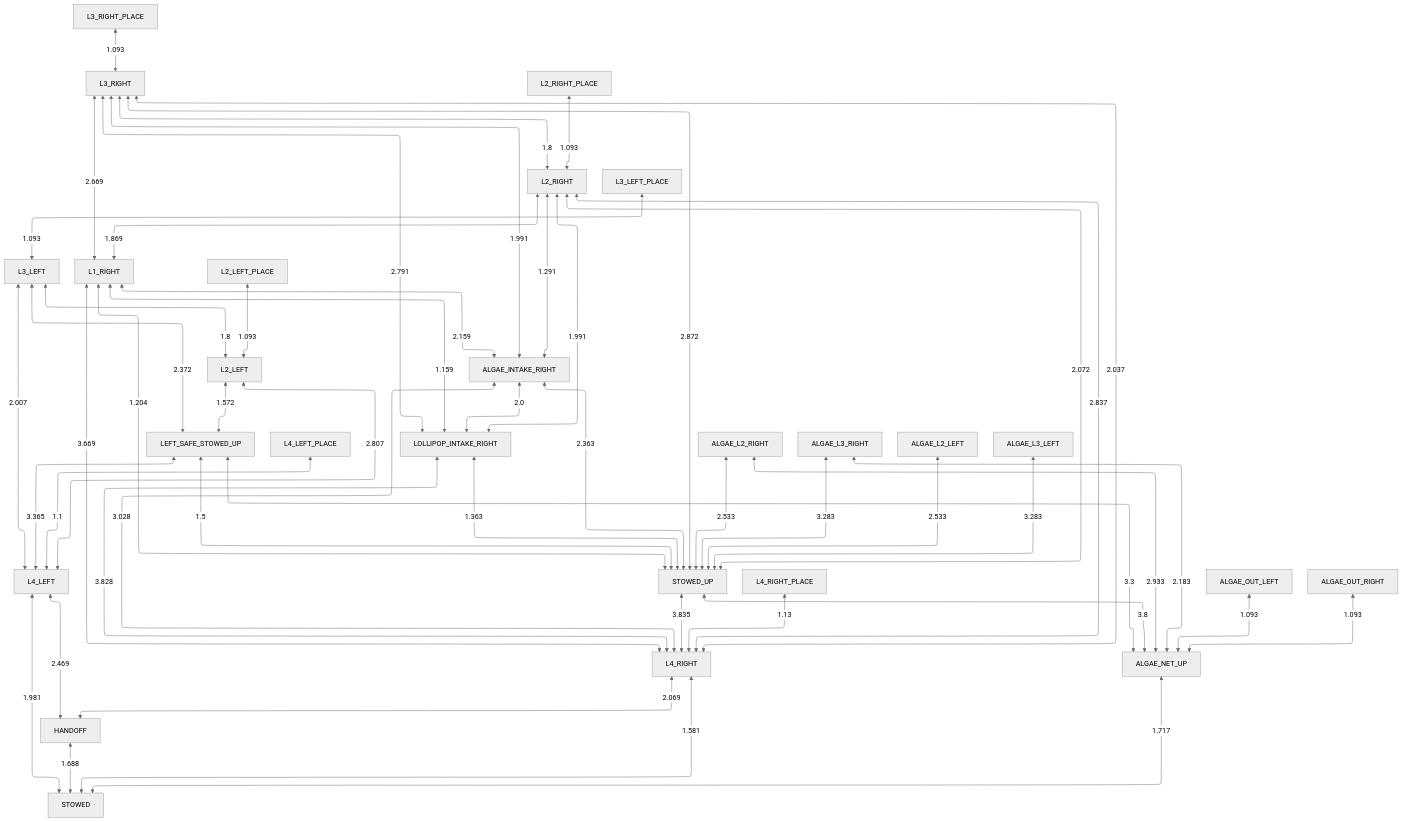
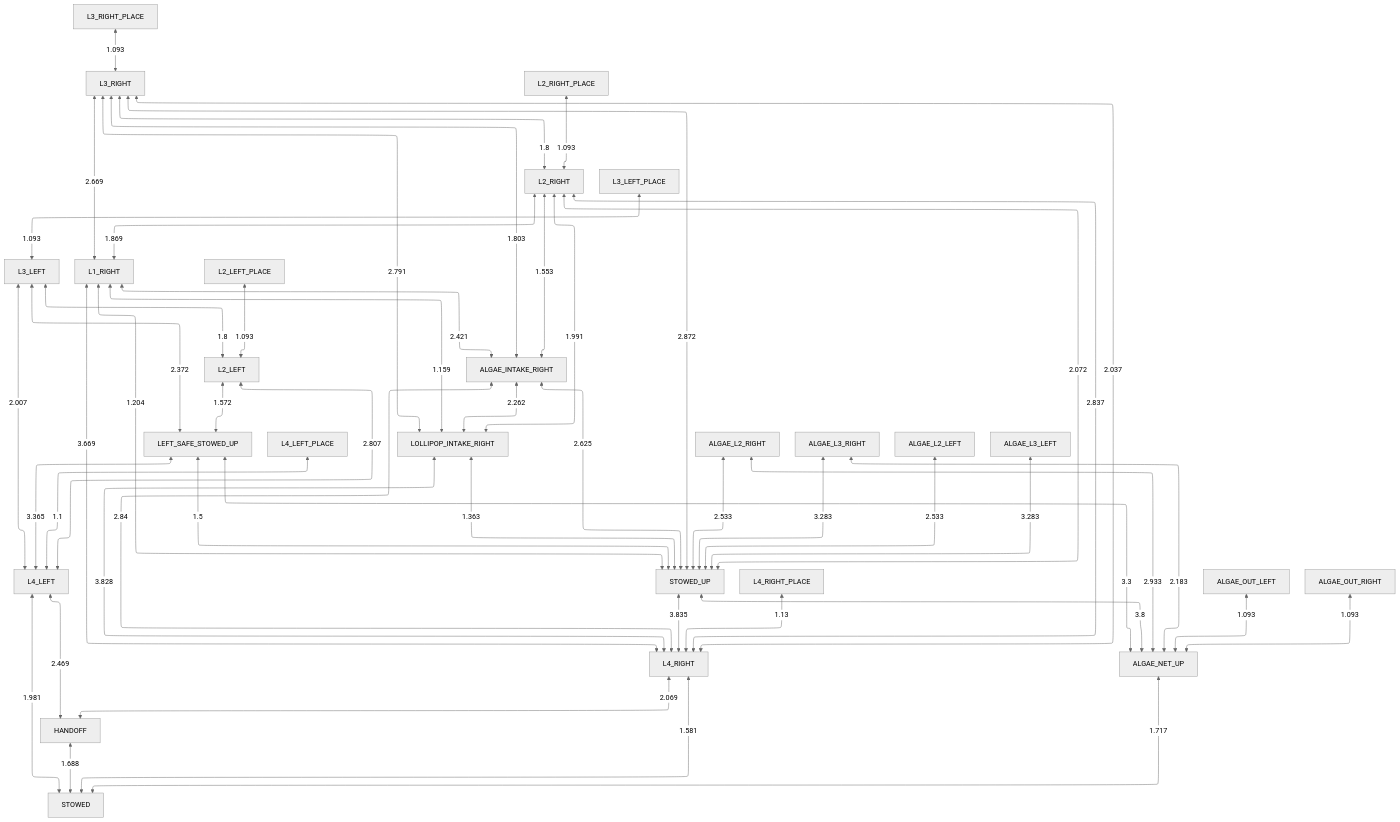
Before and after one commit to team581/2025-beta: the diagram in docs/collision_avoidance/no_obstruction.md, drawn with Mermaid (neutral theme). The commit also changed 7 other files, not shown here.

````diff
--- a/docs/collision_avoidance/no_obstruction.md
+++ b/docs/collision_avoidance/no_obstruction.md
@@ -3,55 +3,55 @@
 ```mermaid
 %%{ init: { "flowchart": { "defaultRenderer": "elk" } } }%%
 graph TD
 
 HANDOFF <-- 1.688 --> STOWED
 L4_LEFT <-- 1.981 --> STOWED
 L4_RIGHT <-- 1.581 --> STOWED
 ALGAE_NET_UP <-- 1.717 --> STOWED
 L4_LEFT <-- 2.469 --> HANDOFF
 L4_RIGHT <-- 2.069 --> HANDOFF
 LEFT_SAFE_STOWED_UP <-- 3.365 --> L4_LEFT
 L2_LEFT <-- 2.807 --> L4_LEFT
 L3_LEFT <-- 2.007 --> L4_LEFT
 L4_LEFT_PLACE <-- 1.1 --> L4_LEFT
 STOWED_UP <-- 3.835 --> L4_RIGHT
-ALGAE_INTAKE_RIGHT <-- 3.028 --> L4_RIGHT
+ALGAE_INTAKE_RIGHT <-- 2.84 --> L4_RIGHT
 LOLLIPOP_INTAKE_RIGHT <-- 3.828 --> L4_RIGHT
 L1_RIGHT <-- 3.669 --> L4_RIGHT
 L2_RIGHT <-- 2.837 --> L4_RIGHT
 L3_RIGHT <-- 2.037 --> L4_RIGHT
 L4_RIGHT_PLACE <-- 1.13 --> L4_RIGHT
 LEFT_SAFE_STOWED_UP <-- 3.3 --> ALGAE_NET_UP
 STOWED_UP <-- 3.8 --> ALGAE_NET_UP
 ALGAE_OUT_LEFT <-- 1.093 --> ALGAE_NET_UP
 ALGAE_OUT_RIGHT <-- 1.093 --> ALGAE_NET_UP
 ALGAE_L2_RIGHT <-- 2.933 --> ALGAE_NET_UP
 ALGAE_L3_RIGHT <-- 2.183 --> ALGAE_NET_UP
 LEFT_SAFE_STOWED_UP <-- 1.5 --> STOWED_UP
 LOLLIPOP_INTAKE_RIGHT <-- 1.363 --> STOWED_UP
-ALGAE_INTAKE_RIGHT <-- 2.363 --> STOWED_UP
+ALGAE_INTAKE_RIGHT <-- 2.625 --> STOWED_UP
 L1_RIGHT <-- 1.204 --> STOWED_UP
 L2_RIGHT <-- 2.072 --> STOWED_UP
 L3_RIGHT <-- 2.872 --> STOWED_UP
 ALGAE_L2_LEFT <-- 2.533 --> STOWED_UP
 ALGAE_L2_RIGHT <-- 2.533 --> STOWED_UP
 ALGAE_L3_LEFT <-- 3.283 --> STOWED_UP
 ALGAE_L3_RIGHT <-- 3.283 --> STOWED_UP
 L2_LEFT <-- 1.572 --> LEFT_SAFE_STOWED_UP
 L3_LEFT <-- 2.372 --> LEFT_SAFE_STOWED_UP
-ALGAE_INTAKE_RIGHT <-- 2.0 --> LOLLIPOP_INTAKE_RIGHT
+ALGAE_INTAKE_RIGHT <-- 2.262 --> LOLLIPOP_INTAKE_RIGHT
 L1_RIGHT <-- 1.159 --> LOLLIPOP_INTAKE_RIGHT
 L2_RIGHT <-- 1.991 --> LOLLIPOP_INTAKE_RIGHT
 L3_RIGHT <-- 2.791 --> LOLLIPOP_INTAKE_RIGHT
-L1_RIGHT <-- 2.159 --> ALGAE_INTAKE_RIGHT
-L2_RIGHT <-- 1.291 --> ALGAE_INTAKE_RIGHT
-L3_RIGHT <-- 1.991 --> ALGAE_INTAKE_RIGHT
+L1_RIGHT <-- 2.421 --> ALGAE_INTAKE_RIGHT
+L2_RIGHT <-- 1.553 --> ALGAE_INTAKE_RIGHT
+L3_RIGHT <-- 1.803 --> ALGAE_INTAKE_RIGHT
 L3_LEFT <-- 1.8 --> L2_LEFT
 L2_LEFT_PLACE <-- 1.093 --> L2_LEFT
 L3_LEFT_PLACE <-- 1.093 --> L3_LEFT
 L2_RIGHT <-- 1.869 --> L1_RIGHT
 L3_RIGHT <-- 2.669 --> L1_RIGHT
 L3_RIGHT <-- 1.8 --> L2_RIGHT
 L2_RIGHT_PLACE <-- 1.093 --> L2_RIGHT
 L3_RIGHT_PLACE <-- 1.093 --> L3_RIGHT
 ```
````
